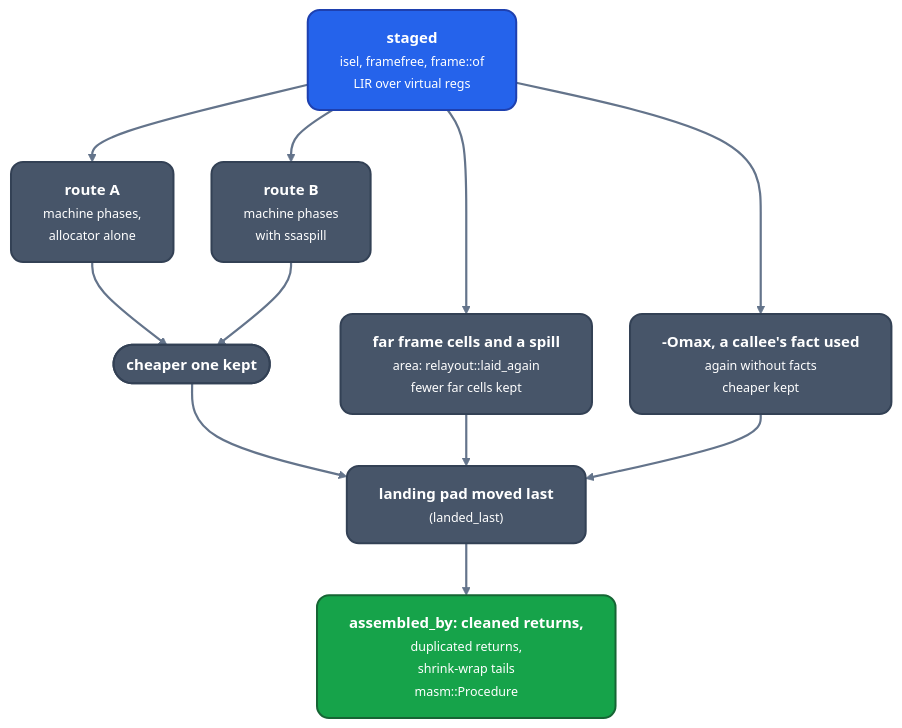
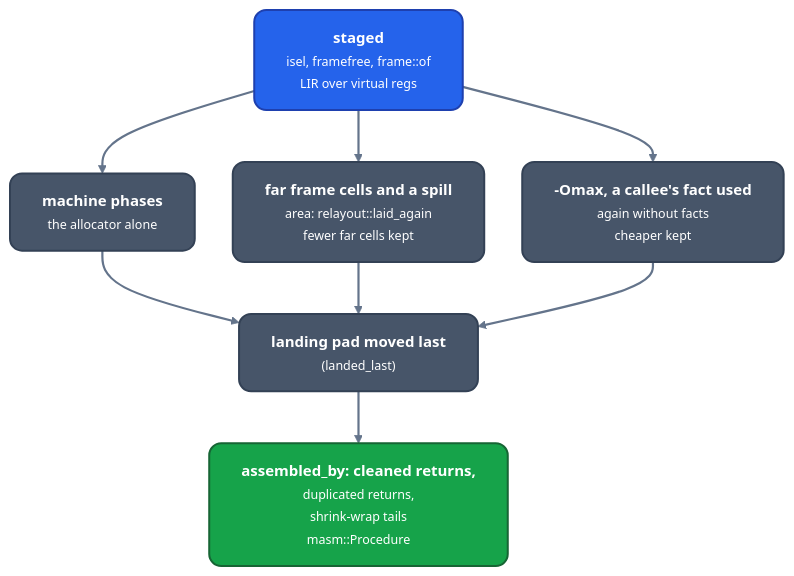
One commit to ali-mosavian/llrm changed the diagram in docs/optimizations/backend/assemble.md. Above: the diagram before and after it, drawn with Mermaid. The commit also changed other lines of this file and 40 other files, not shown here.

````diff
--- a/docs/optimizations/backend/assemble.md
+++ b/docs/optimizations/backend/assemble.md
@@ -18,26 +18,21 @@
 ```mermaid
 %%{init: {'theme':'base','themeVariables':{'fontFamily':'Segoe UI, Helvetica Neue, Arial, DejaVu Sans, sans-serif','fontSize':'15px','primaryColor':'#475569','primaryTextColor':'#ffffff','primaryBorderColor':'#334155','lineColor':'#64748b','secondaryColor':'#475569','tertiaryColor':'transparent','clusterBkg':'transparent','clusterBorder':'#64748b','edgeLabelBackground':'#334155','textColor':'#64748b','titleColor':'#64748b'},'flowchart':{'curve':'basis','nodeSpacing':38,'rankSpacing':52,'padding':16,'wrappingWidth':360,'htmlLabels':true,'useMaxWidth':true}}}%%
 flowchart TB
   classDef src fill:#2563eb,stroke:#1e40af,stroke-width:2px,color:#ffffff,rx:12px,ry:12px
   classDef mid fill:#475569,stroke:#334155,stroke-width:2px,color:#ffffff,rx:12px,ry:12px
   classDef out fill:#16a34a,stroke:#166534,stroke-width:2px,color:#ffffff,rx:12px,ry:12px
   linkStyle default stroke:#64748b,stroke-width:2.2px
   staged["<b>staged</b><br/><small>isel, framefree, frame::of<br/>LIR over virtual regs</small>"]:::src
-  a["<b>route A</b><br/><small>machine phases,<br/>allocator alone</small>"]:::mid
-  b["<b>route B</b><br/><small>machine phases<br/>with ssaspill</small>"]:::mid
-  pick(["<b>cheaper one kept</b>"]):::mid
+  a["<b>machine phases</b><br/><small>the allocator alone</small>"]:::mid
   far["<b>far frame cells and a spill</b><br/><small>area: relayout::laid_again<br/>fewer far cells kept</small>"]:::mid
   facts["<b>-Omax, a callee's fact used</b><br/><small>again without facts<br/>cheaper kept</small>"]:::mid
   pad["<b>landing pad moved last</b><br/><small>(landed_last)</small>"]:::mid
   fin["<b>assembled_by: cleaned returns,</b><br/><small>duplicated returns,<br/>shrink-wrap tails<br/>masm::Procedure</small>"]:::out
   staged --> a
-  staged --> b
-  a --> pick
-  b --> pick
   staged --> far
   staged --> facts
-  pick --> pad
+  a --> pad
   far --> pad
   facts --> pad
   pad --> fin
 ```
````
